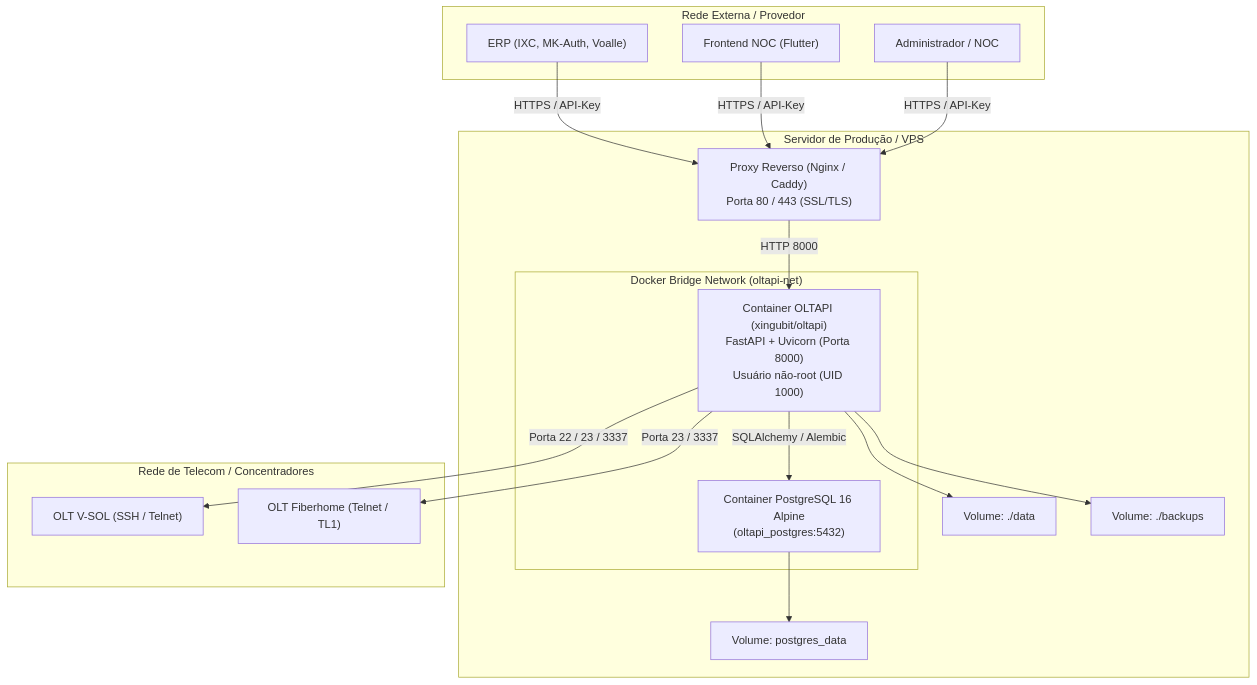
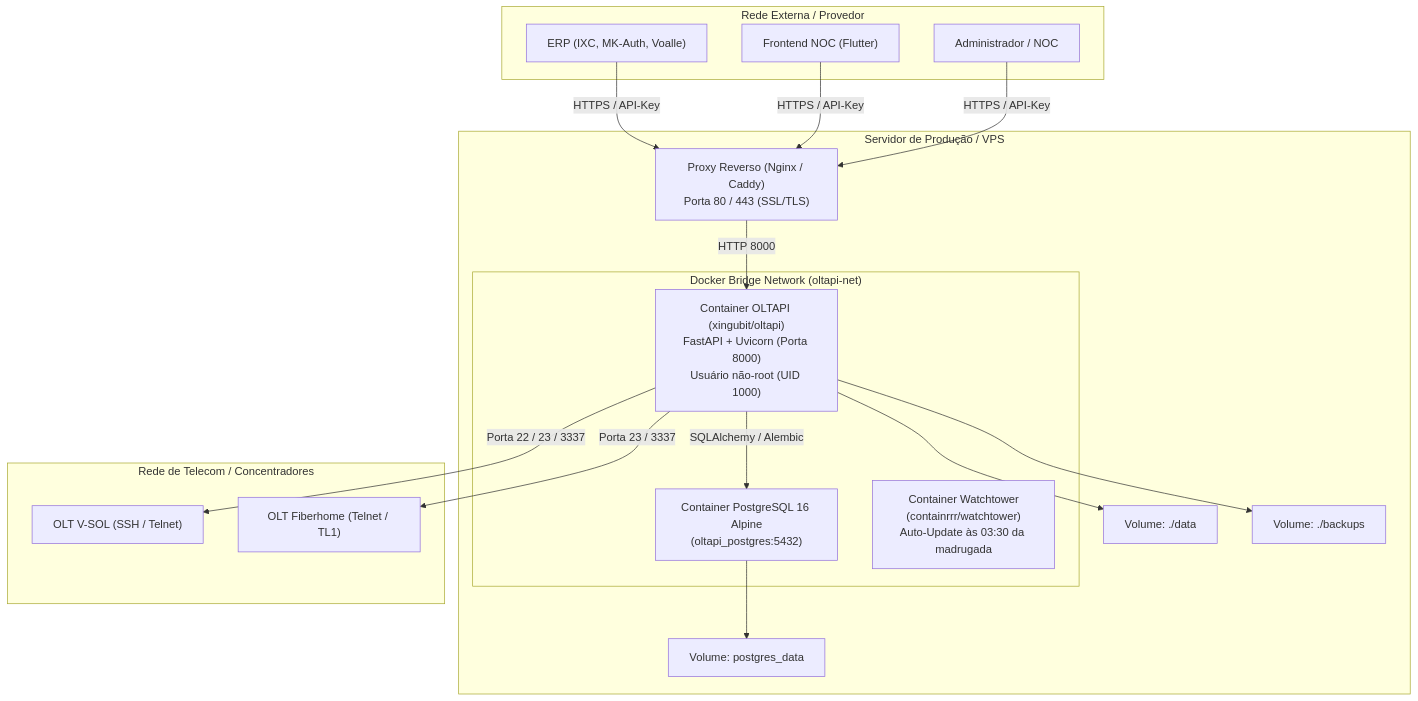
The diagram in docs/instalacao.md (RuyXingubit/oltapi), drawn with Mermaid before and after one commit. The commit also changed other lines of this file and 2 other files, not shown here.

Commit message:
docs: add Watchtower auto-update service scheduled at 3:30 AM

````diff
--- a/docs/instalacao.md
+++ b/docs/instalacao.md
@@ -11,37 +11,38 @@
 ```mermaid
 graph TD
     subgraph Internet_Rede_Local["Rede Externa / Provedor"]
         ERP["ERP (IXC, MK-Auth, Voalle)"]
         NOC["Frontend NOC (Flutter)"]
         ADMIN["Administrador / NOC"]
     end
 
     subgraph Host_Servidor["Servidor de Produção / VPS"]
         REVERSE["Proxy Reverso (Nginx / Caddy)<br>Porta 80 / 443 (SSL/TLS)"]
         
         subgraph Docker_Network["Docker Bridge Network (oltapi-net)"]
             API["Container OLTAPI (xingubit/oltapi)<br>FastAPI + Uvicorn (Porta 8000)<br>Usuário não-root (UID 1000)"]
             DB["Container PostgreSQL 16 Alpine<br>(oltapi_postgres:5432)"]
+            WT["Container Watchtower<br>(containrrr/watchtower)<br>Auto-Update às 03:30 da madrugada"]
         end
         
         VOL_DATA["Volume: ./data"]
         VOL_BACKUP["Volume: ./backups"]
         VOL_PG["Volume: postgres_data"]
     end
 
     subgraph Rede_PON["Rede de Telecom / Concentradores"]
         OLT_VSOL["OLT V-SOL (SSH / Telnet)"]
         OLT_FH["OLT Fiberhome (Telnet / TL1)"]
     end
 
     ERP -->|HTTPS / API-Key| REVERSE
     NOC -->|HTTPS / API-Key| REVERSE
     ADMIN -->|HTTPS / API-Key| REVERSE
     REVERSE -->|HTTP 8000| API
     API -->|SQLAlchemy / Alembic| DB
     API --> VOL_DATA
     API --> VOL_BACKUP
     DB --> VOL_PG
     API -->|Porta 22 / 23 / 3337| OLT_VSOL
     API -->|Porta 23 / 3337| OLT_FH
 ```
````
